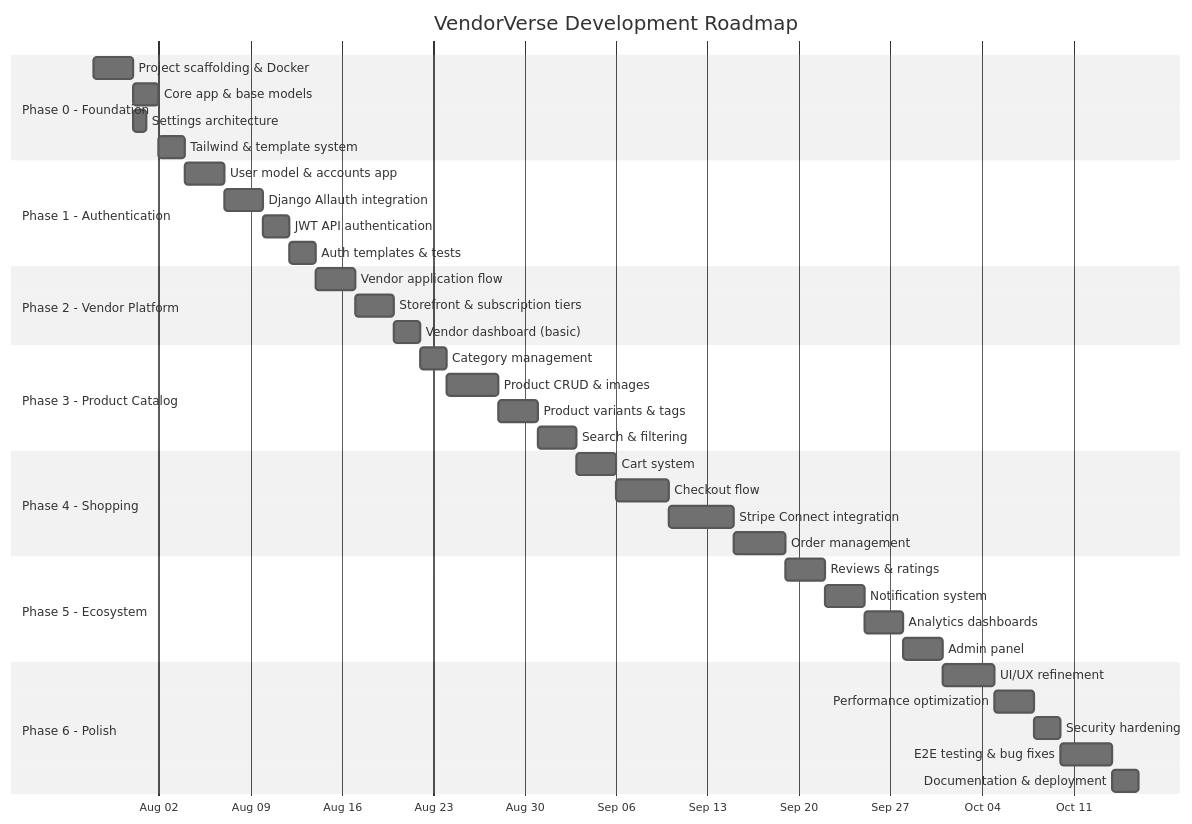
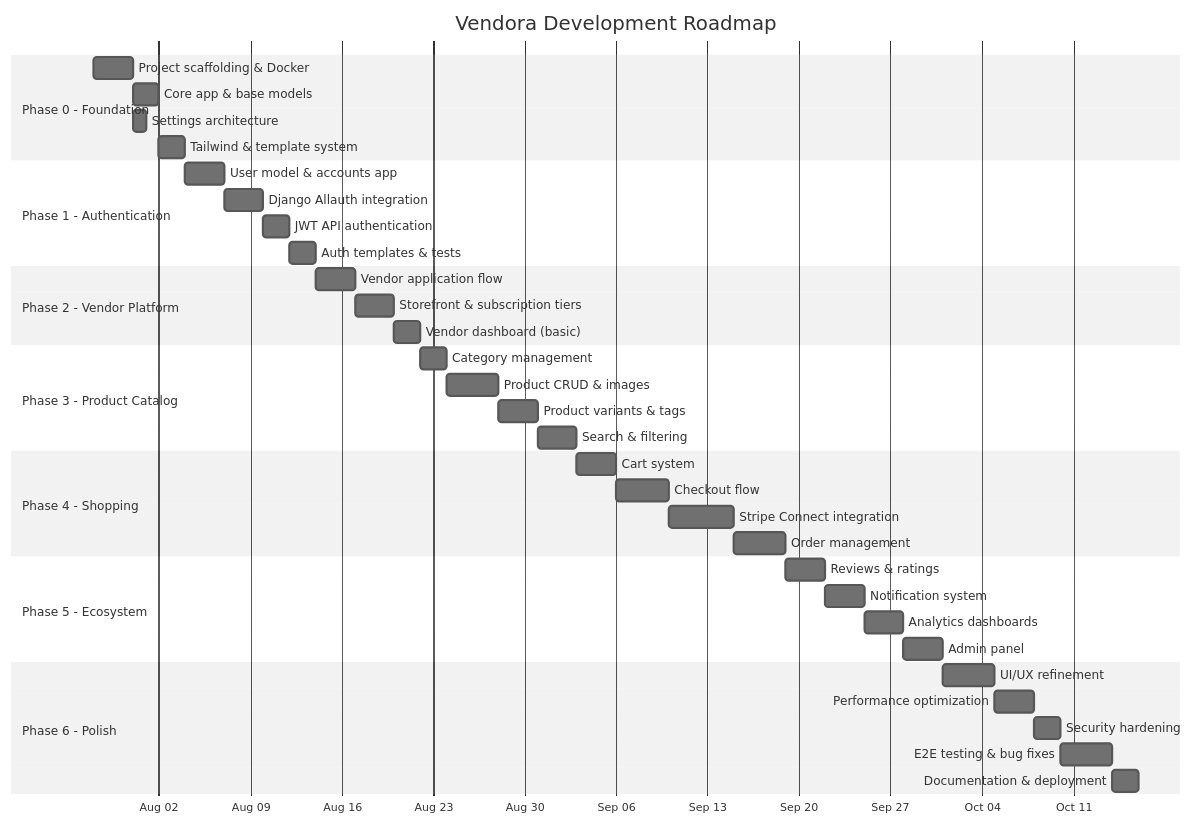
One commit to dhruv1518/vendor-verse changed the first of 2 diagrams in docs/15-development-roadmap.md. Above: the diagram before and after it, drawn with Mermaid (neutral theme). The commit also changed other lines of this file and 81 other files, not shown here.

Commit message:
refactor: rename VendorVerse to Vendora across templates, apps, config, docs, and report

````diff
--- a/docs/15-development-roadmap.md
+++ b/docs/15-development-roadmap.md
@@ -12,48 +12,48 @@
 ```mermaid
 gantt
-    title VendorVerse Development Roadmap
+    title Vendora Development Roadmap
     dateFormat  YYYY-MM-DD
     axisFormat  %b %d
 
     section Phase 0 - Foundation
     Project scaffolding & Docker          :p0a, 2026-07-28, 3d
     Core app & base models                :p0b, after p0a, 2d
     Settings architecture                 :p0c, after p0a, 1d
     Tailwind & template system            :p0d, after p0b, 2d
 
     section Phase 1 - Authentication
     User model & accounts app             :p1a, after p0d, 3d
     Django Allauth integration            :p1b, after p1a, 3d
     JWT API authentication                :p1c, after p1b, 2d
     Auth templates & tests                :p1d, after p1c, 2d
 
     section Phase 2 - Vendor Platform
     Vendor application flow               :p2a, after p1d, 3d
     Storefront & subscription tiers       :p2b, after p2a, 3d
     Vendor dashboard (basic)              :p2c, after p2b, 2d
 
     section Phase 3 - Product Catalog
     Category management                   :p3a, after p2c, 2d
     Product CRUD & images                 :p3b, after p3a, 4d
     Product variants & tags               :p3c, after p3b, 3d
     Search & filtering                    :p3d, after p3c, 3d
 
     section Phase 4 - Shopping
     Cart system                           :p4a, after p3d, 3d
     Checkout flow                         :p4b, after p4a, 4d
     Stripe Connect integration            :p4c, after p4b, 5d
     Order management                      :p4d, after p4c, 4d
 
     section Phase 5 - Ecosystem
     Reviews & ratings                     :p5a, after p4d, 3d
     Notification system                   :p5b, after p5a, 3d
     Analytics dashboards                  :p5c, after p5b, 3d
     Admin panel                           :p5d, after p5c, 3d
 
     section Phase 6 - Polish
     UI/UX refinement                      :p6a, after p5d, 4d
     Performance optimization              :p6b, after p6a, 3d
     Security hardening                    :p6c, after p6b, 2d
     E2E testing & bug fixes               :p6d, after p6c, 4d
     Documentation & deployment            :p6e, after p6d, 2d
 ```
````
